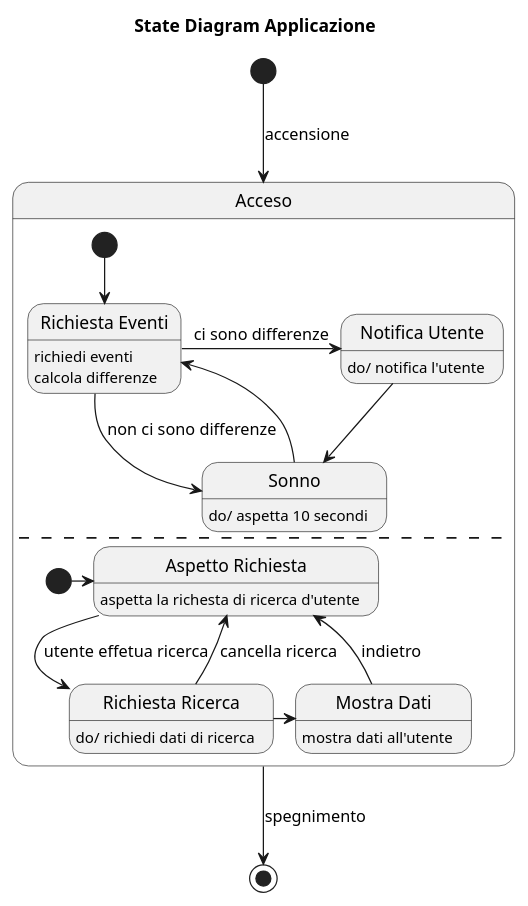
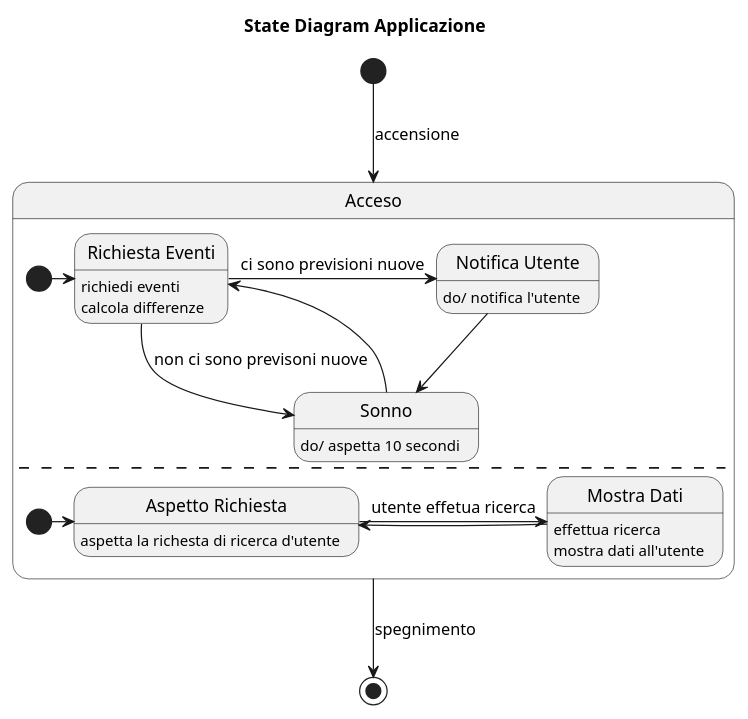
Before and after one commit to xFA25E/sweng_14_2019: the diagram in UML/src/state/applicazione.puml, drawn with PlantUML. The commit also changed 7 other files, not shown here.

Commit message:
changed state diagrams and added descriptions

```diff
--- a/UML/src/state/applicazione.puml
+++ b/UML/src/state/applicazione.puml
@@ -1,44 +1,40 @@
 @startuml
 title State Diagram Applicazione
 
 [*] --> Acceso: accensione
 
 state Acceso {
     state "Richiesta Eventi" as RichiestaEventi
     state "Notifica Utente" as NotificaUtente
     state "Sonno" as Sonno
 
-    [*] --> RichiestaEventi
+    [*] -right-> RichiestaEventi
 
     RichiestaEventi: richiedi eventi
     RichiestaEventi: calcola differenze
-    RichiestaEventi --> Sonno: non ci sono differenze
-    RichiestaEventi -right-> NotificaUtente: ci sono differenze
+    RichiestaEventi --> Sonno: non ci sono previsoni nuove
+    RichiestaEventi -right-> NotificaUtente: ci sono previsioni nuove
 
     NotificaUtente: do/ notifica l'utente
     NotificaUtente --> Sonno
 
     Sonno: do/ aspetta 10 secondi
     Sonno --> RichiestaEventi
 
     --
 
     state "Aspetto Richiesta" as AspettoRichiesta
-    state "Richiesta Ricerca" as RichiestaRicerca
     state "Mostra Dati" as MostraDati
 
     [*] -right-> AspettoRichiesta
 
     AspettoRichiesta: aspetta la richesta di ricerca d'utente
-    AspettoRichiesta --> RichiestaRicerca: utente effetua ricerca
+    AspettoRichiesta -right-> MostraDati: utente effetua ricerca
 
-    RichiestaRicerca: do/ richiedi dati di ricerca
-    RichiestaRicerca --> AspettoRichiesta: cancella ricerca
-    RichiestaRicerca -right-> MostraDati
-
+    MostraDati: effettua ricerca
     MostraDati: mostra dati all'utente
-    MostraDati --> AspettoRichiesta: indietro
+    MostraDati -left-> AspettoRichiesta
 }
 
 Acceso --> [*]: spegnimento
 @enduml
```
